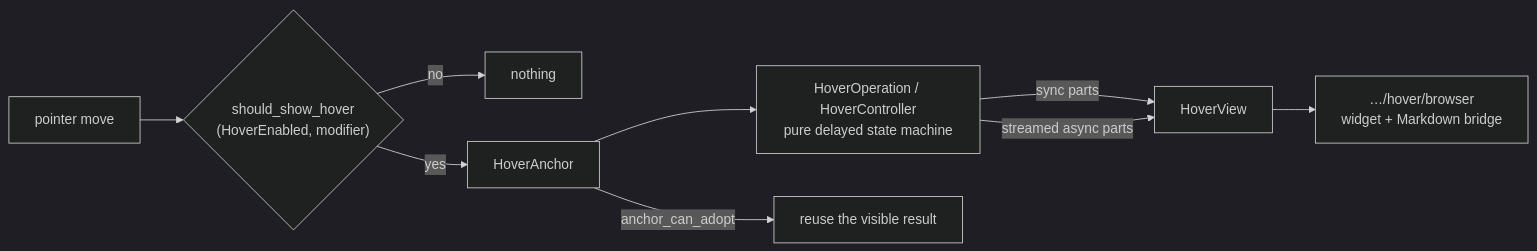
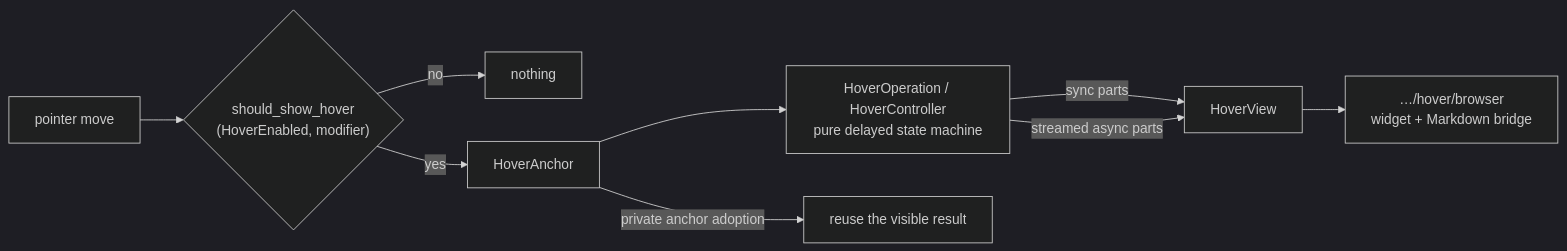
The diagram in internal/viewer/contrib/hover/README.mbt.md (moonbitlang/editor), drawn with Mermaid (dark theme) before and after one commit. The commit also changed other lines of this file and 17 other files, not shown here.

````diff
--- a/internal/viewer/contrib/hover/README.mbt.md
+++ b/internal/viewer/contrib/hover/README.mbt.md
@@ -7,11 +7,11 @@
 ```mermaid
 flowchart LR
   MOVE["pointer move"] --> POL{"should_show_hover<br>(HoverEnabled, modifier)"}
   POL -->|no| DROP["nothing"]
   POL -->|yes| A["HoverAnchor"]
   A --> OP["HoverOperation / HoverController<br>pure delayed state machine"]
   OP -->|sync parts| VIEW["HoverView"]
   OP -->|streamed async parts| VIEW
   VIEW --> W["…/hover/browser<br>widget + Markdown bridge"]
-  A -->|"anchor_can_adopt"| KEEP["reuse the visible result"]
+  A -->|"private anchor adoption"| KEEP["reuse the visible result"]
 ```
````
